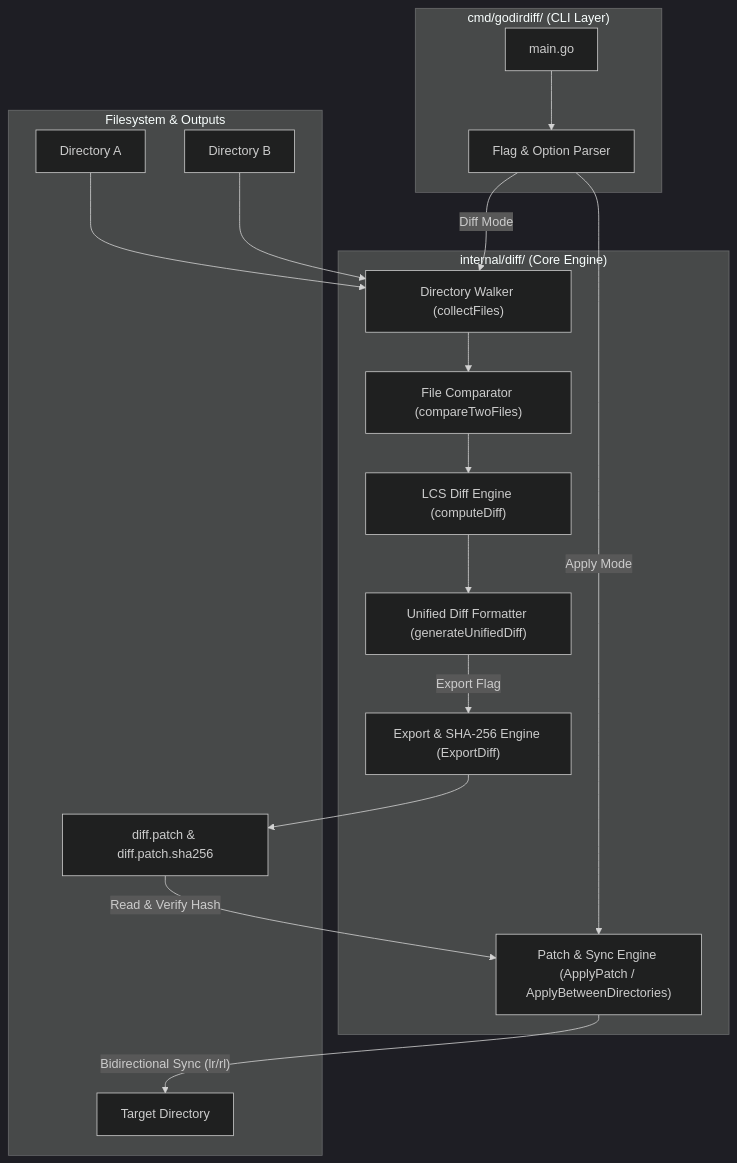
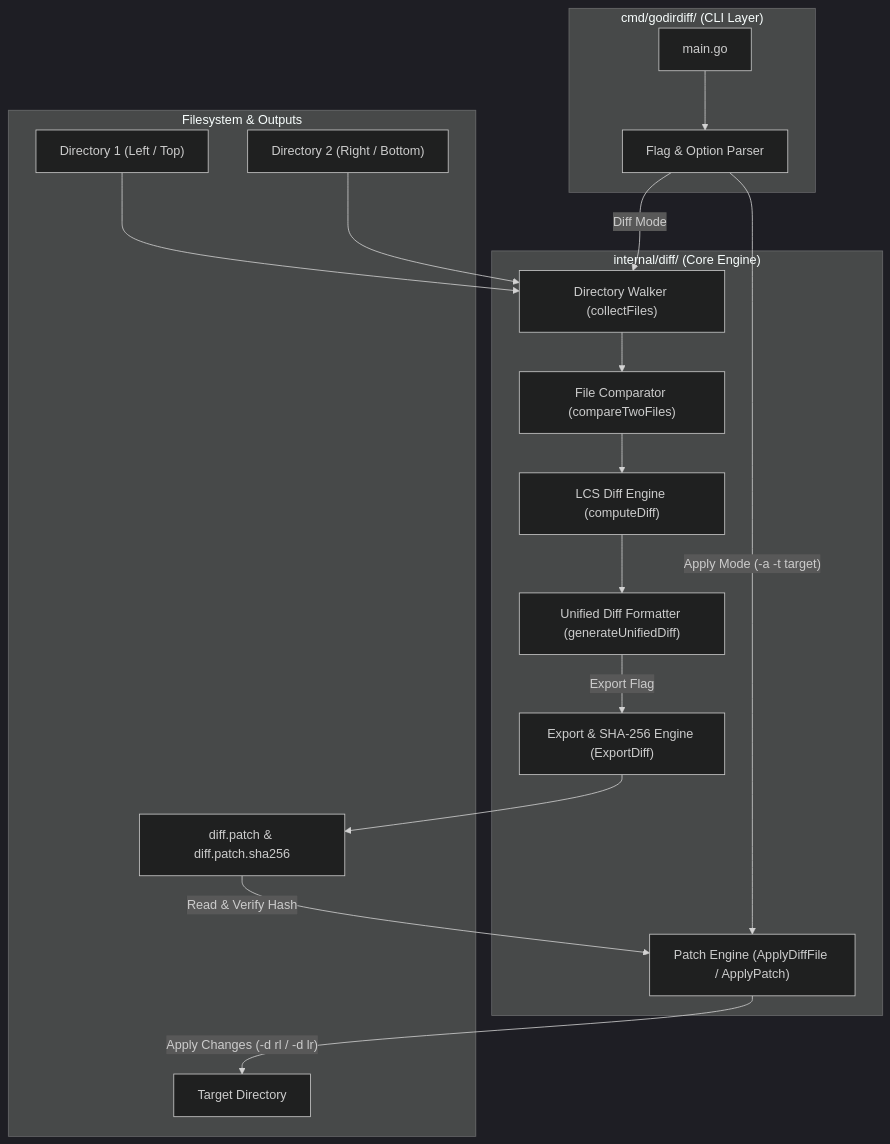
The first of 2 diagrams in README.md (arthurgray2k/goDirectoryDiff), drawn with Mermaid (dark theme) before and after one commit. The commit also changed other lines of this file and 4 other files, not shown here.

First line of the commit message:
fix(apply): refine apply usage and bidirectional patch semantics (Task GODIRDIFF-12)

````diff
--- a/README.md
+++ b/README.md
@@ -32,37 +31,37 @@
 ```mermaid
 flowchart TD
     subgraph CLI ["cmd/godirdiff/ (CLI Layer)"]
         Main["main.go"]
         Flags["Flag & Option Parser"]
         Main --> Flags
     end
 
     subgraph Core ["internal/diff/ (Core Engine)"]
         Walker["Directory Walker (collectFiles)"]
         Comparator["File Comparator (compareTwoFiles)"]
         LCS["LCS Diff Engine (computeDiff)"]
         Formatter["Unified Diff Formatter (generateUnifiedDiff)"]
         Exporter["Export & SHA-256 Engine (ExportDiff)"]
-        PatchEngine["Patch & Sync Engine (ApplyPatch / ApplyBetweenDirectories)"]
+        PatchEngine["Patch Engine (ApplyDiffFile / ApplyPatch)"]
     end
 
     subgraph Storage ["Filesystem & Outputs"]
-        DirA["Directory A"]
-        DirB["Directory B"]
+        DirA["Directory 1 (Left / Top)"]
+        DirB["Directory 2 (Right / Bottom)"]
         PatchFile["diff.patch & diff.patch.sha256"]
         TargetDir["Target Directory"]
     end
 
     Flags -->|"Diff Mode"| Walker
     DirA --> Walker
     DirB --> Walker
     Walker --> Comparator
     Comparator --> LCS
     LCS --> Formatter
     Formatter -->|"Export Flag"| Exporter
     Exporter --> PatchFile
 
-    Flags -->|"Apply Mode"| PatchEngine
+    Flags -->|"Apply Mode (-a -t target)"| PatchEngine
     PatchFile -->|"Read & Verify Hash"| PatchEngine
-    PatchEngine -->|"Bidirectional Sync (lr/rl)"| TargetDir
+    PatchEngine -->|"Apply Changes (-d rl / -d lr)"| TargetDir
 ```
````
